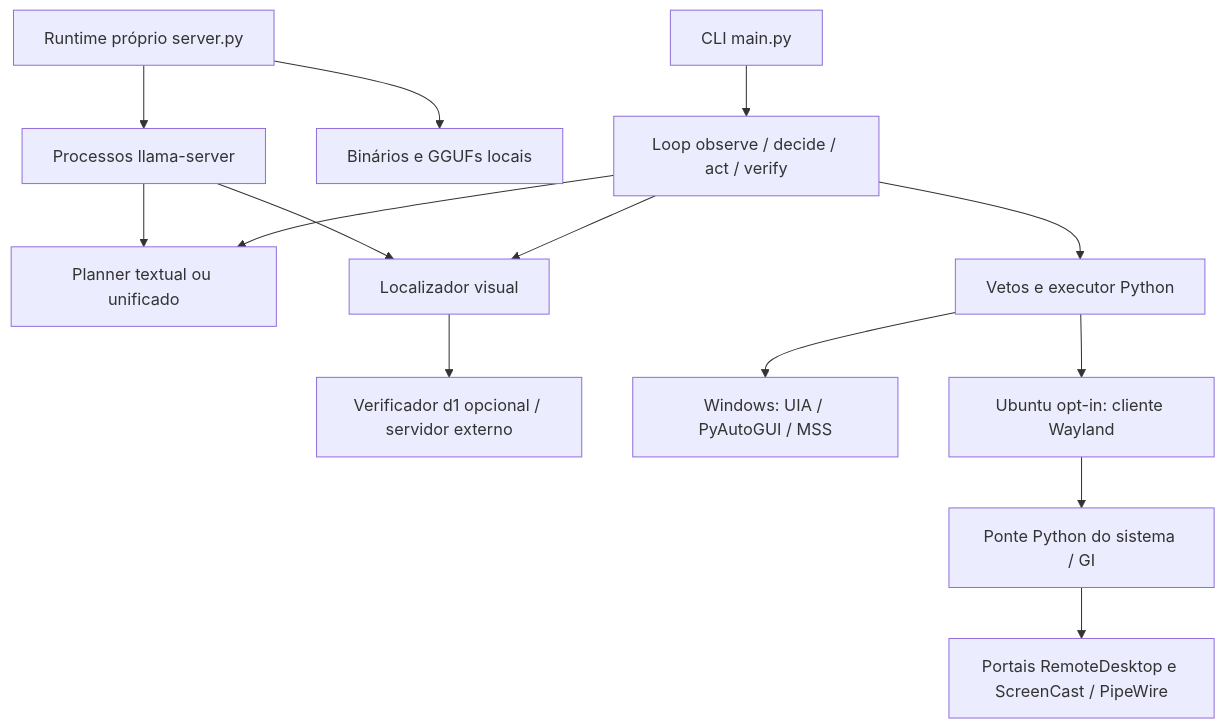
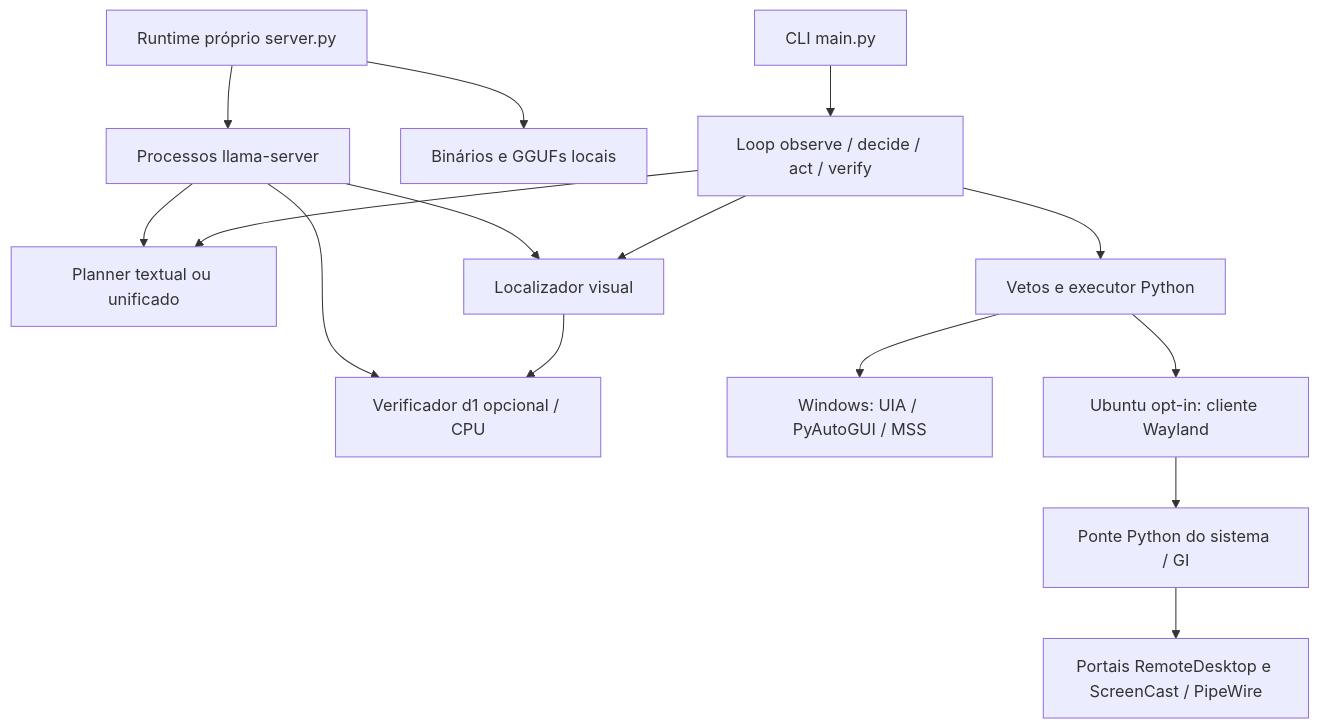
Before and after one commit to dougkusanagi/taskpilot: the diagram in docs/architecture.md, drawn with Mermaid. The commit also changed other lines of this file and 4 other files, not shown here.

Commit message:
feat(runtime): inicia verificador d1 opcional na CPU

````diff
--- a/docs/architecture.md
+++ b/docs/architecture.md
@@ -6,16 +6,17 @@
 ```mermaid
 flowchart TD
     CLI[CLI main.py] --> Loop[Loop observe / decide / act / verify]
     Loop --> Planner[Planner textual ou unificado]
     Loop --> Vision[Localizador visual]
-    Vision --> Verifier[Verificador d1 opcional / servidor externo]
+    Vision --> Verifier[Verificador d1 opcional / CPU]
     Loop --> Guard[Vetos e executor Python]
     Guard --> Windows[Windows: UIA / PyAutoGUI / MSS]
     Guard --> Wayland[Ubuntu opt-in: cliente Wayland]
     Wayland --> Bridge[Ponte Python do sistema / GI]
     Bridge --> Portal[Portais RemoteDesktop e ScreenCast / PipeWire]
     Runtime[Runtime próprio server.py] --> Assets[Binários e GGUFs locais]
     Runtime --> Servers[Processos llama-server]
     Servers --> Planner
     Servers --> Vision
+    Servers --> Verifier
 ```
````
